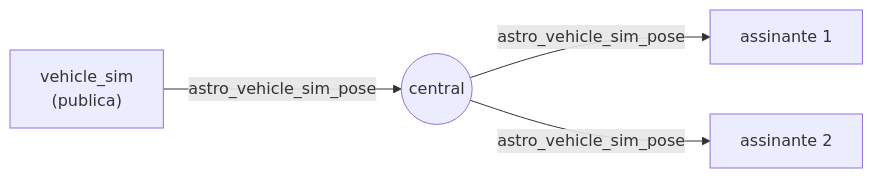
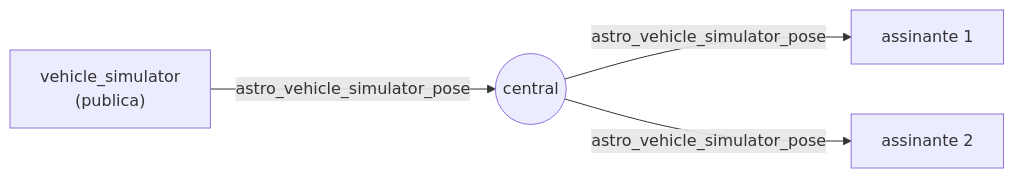
Before and after one commit to BrenoCSilva/lume: the diagram in README.md, drawn with Mermaid. The commit also changed other lines of this file, not shown here.

Commit message:
Rename vehicle_sim to vehicle_simulator in README

````diff
--- a/README.md
+++ b/README.md
@@ -11,6 +11,6 @@
 ```mermaid
 flowchart LR
-    P["vehicle_sim<br/>(publica)"] -- "astro_vehicle_sim_pose" --> C(("central"))
-    C -- "astro_vehicle_sim_pose" --> S1["assinante 1"]
-    C -- "astro_vehicle_sim_pose" --> S2["assinante 2"]
+    P["vehicle_simulator<br/>(publica)"] -- "astro_vehicle_simulator_pose" --> C(("central"))
+    C -- "astro_vehicle_simulator_pose" --> S1["assinante 1"]
+    C -- "astro_vehicle_simulator_pose" --> S2["assinante 2"]
 ```
````
